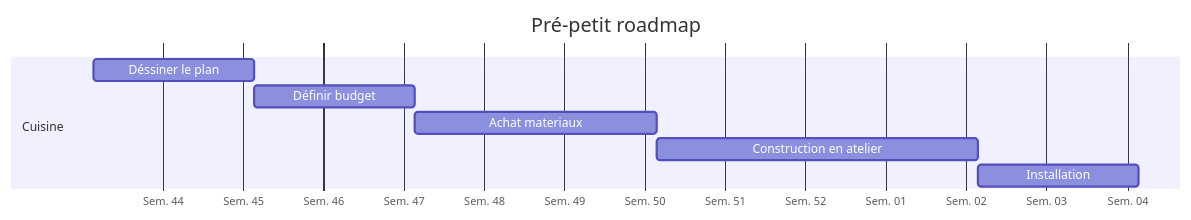
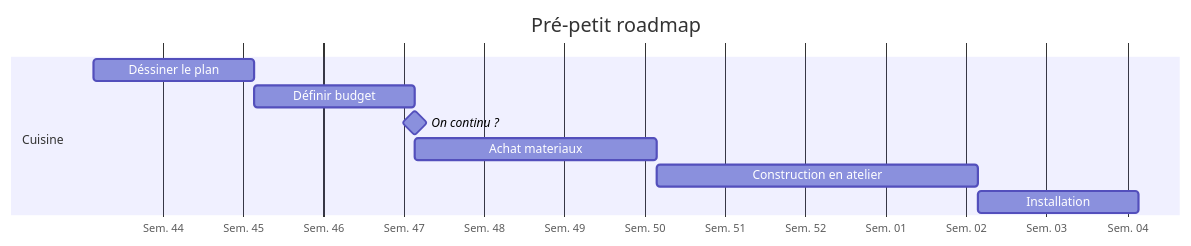
One commit to PeufOne/notes changed the diagram in projets/prepetit/roadmap.md. Above: the diagram before and after it, drawn with Mermaid. The commit also changed 6 other files, not shown here.

````diff
--- a/projets/prepetit/roadmap.md
+++ b/projets/prepetit/roadmap.md
@@ -2,14 +2,15 @@
 ```mermaid
 gantt
 	title Pré-petit roadmap
 	dateFormat YYYY-MM-DD
 	axisFormat Sem. %U
 
 	section Cuisine
-	Déssiner le plan            :plan,    2022-10-24,    2w
-	Définir budget              :budget,  after plan,    2w
-	Achat materiaux             :command, after budget,  3w
-	Construction en atelier     :build,   after command, 4w
-	Installation                :install, after build,   2w
+		Déssiner le plan            :plan,    2022-10-24,    2w
+		Définir budget              :budget,  after plan,    2w
+		On continu ?                :milestone, after budget
+		Achat materiaux             :command, after budget,  3w
+		Construction en atelier     :build,   after command, 4w
+		Installation                :install, after build,   2w
 
 ```
````
